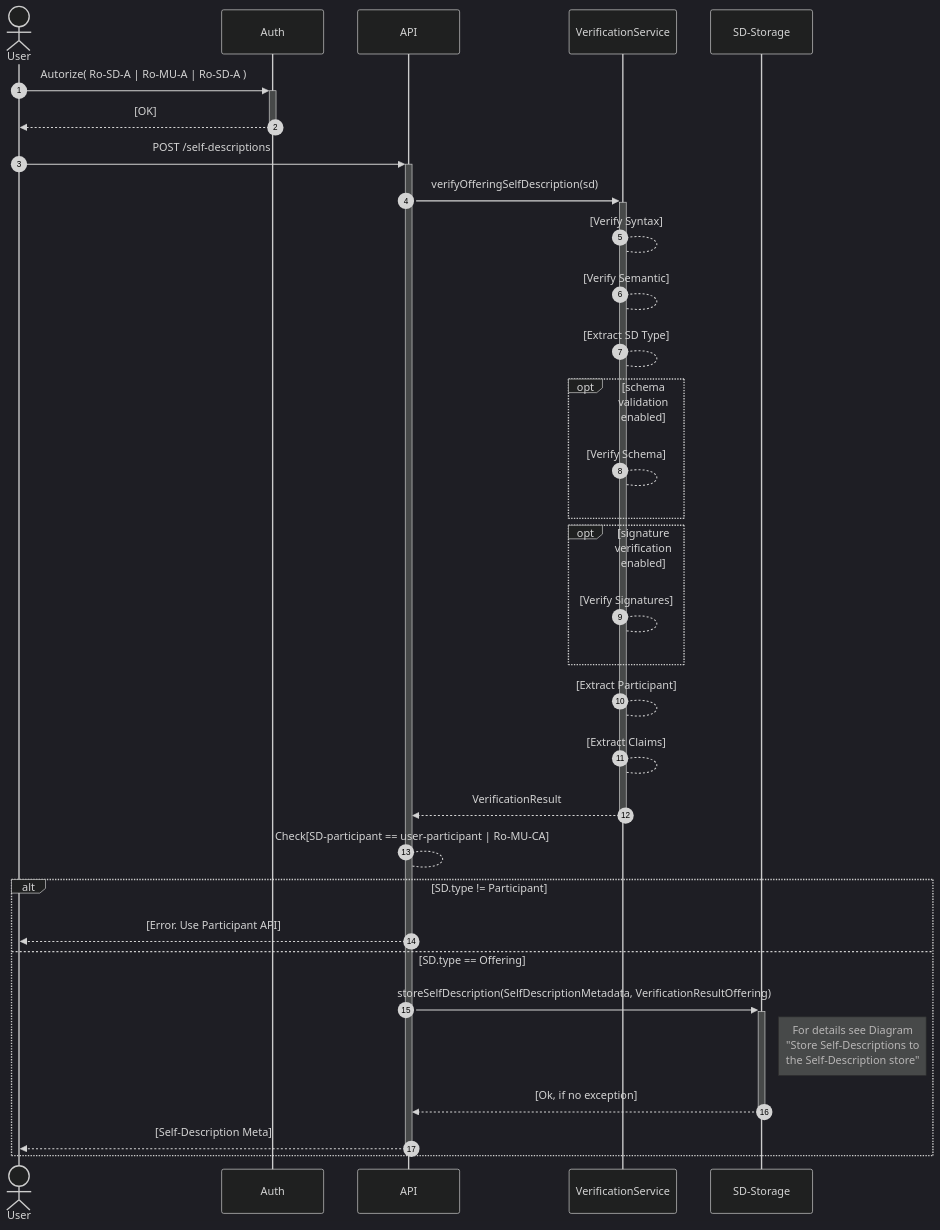
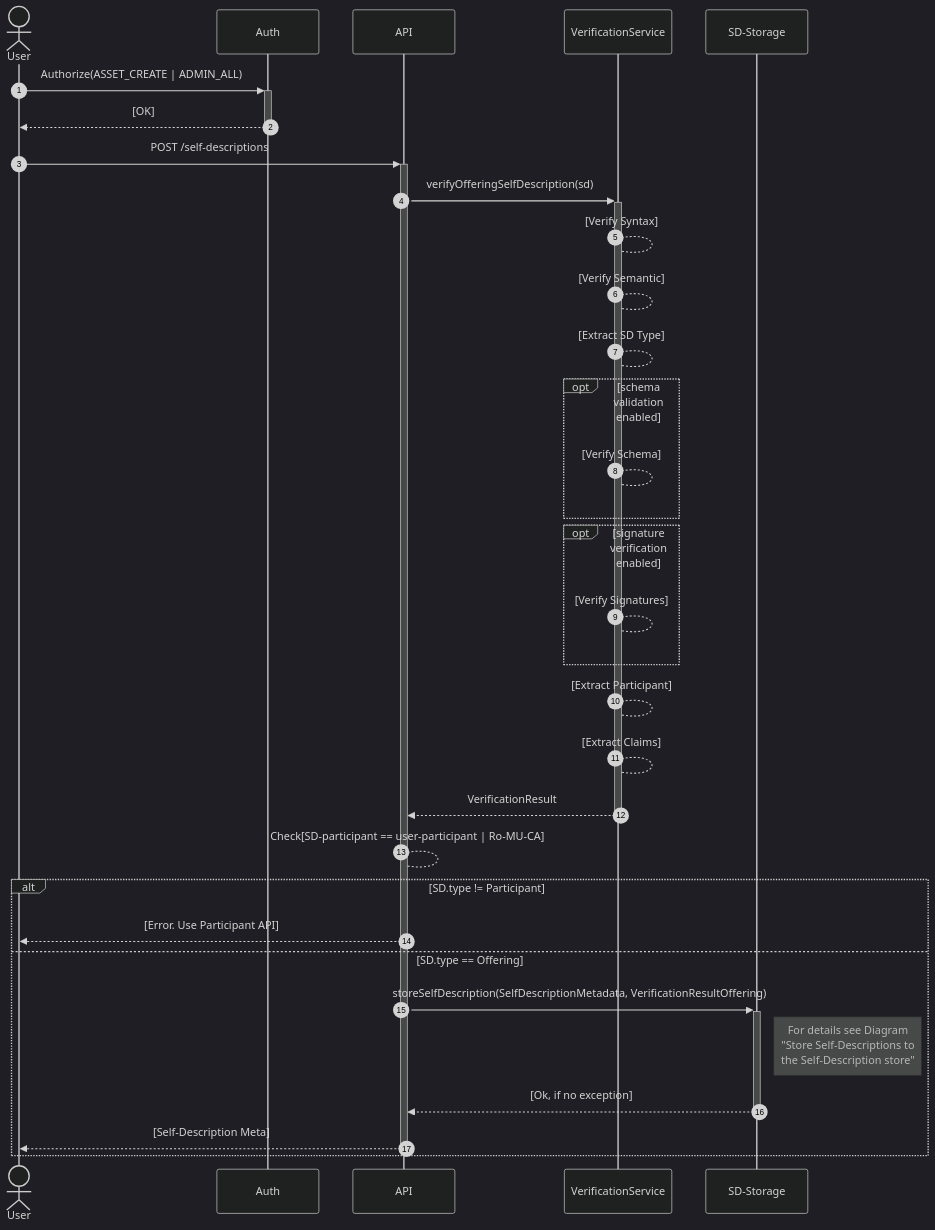
One commit to federated-catalogue-enhancements-2026/docs changed diagram 17 of 34 in federated-catalogue/src/docs/architecture/chapters/06_runtime_view.adoc. Above: the diagram before and after it, drawn with Mermaid (dark theme). The commit also changed other lines of this file and 2 other files, not shown here.

```diff
--- a/federated-catalogue/src/docs/architecture/chapters/06_runtime_view.adoc
+++ b/federated-catalogue/src/docs/architecture/chapters/06_runtime_view.adoc
@@ -572,35 +581,35 @@
 [mermaid, width=2000]
 ....
 sequenceDiagram
     autonumber
     actor User
     participant Auth
     participant API
     participant VerificationService
     participant SDStore as SD-Storage
-    User ->> + Auth:Autorize( Ro-SD-A | Ro-MU-A | Ro-SD-A )
+    User ->> + Auth:Authorize(ASSET_CREATE | ADMIN_ALL)
     Auth -->> - User:[OK]
     User ->> + API:POST /self-descriptions
     API ->> + VerificationService:verifyOfferingSelfDescription(sd)
     VerificationService --> VerificationService:[Verify Syntax]
     VerificationService --> VerificationService:[Verify Semantic]
     VerificationService --> VerificationService:[Extract SD Type]
     opt schema validation enabled
         VerificationService --> VerificationService:[Verify Schema]
     end
     opt signature verification enabled
         VerificationService --> VerificationService:[Verify Signatures]
     end
     VerificationService --> VerificationService:[Extract Participant]
     VerificationService --> VerificationService:[Extract Claims]
     VerificationService -->> - API:VerificationResult
     API --> API:Check[SD-participant == user-participant | Ro-MU-CA]
     alt SD.type != Participant
         API -->> User: [Error. Use Participant API]
     else SD.type == Offering
         API ->> + SDStore: storeSelfDescription(SelfDescriptionMetadata, VerificationResultOffering)
     Note right of SDStore: For details see Diagram <br /> "Store Self-Descriptions to <br /> the Self-Description store"
         SDStore -->> - API: [Ok, if no exception]
         API -->> - User:[Self-Description Meta]
     end
 ....
```
